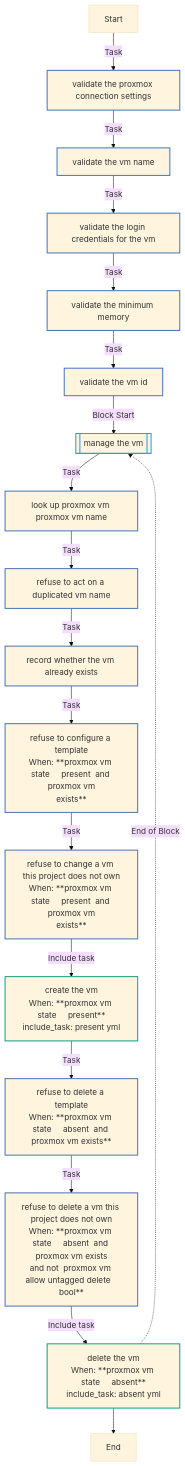
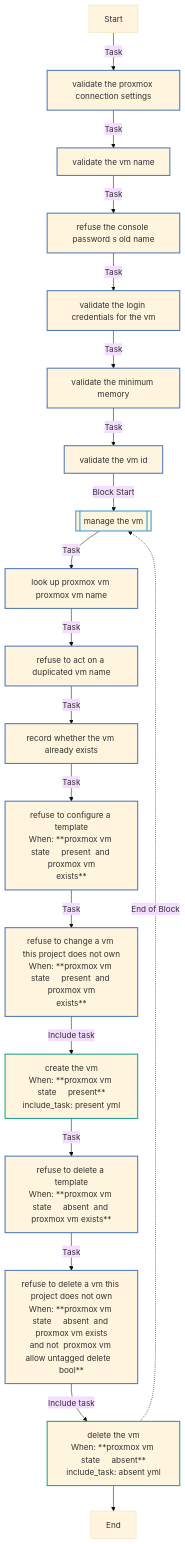
The first of 4 diagrams in docs/reference/roles/proxmox_vm.md (kawadeomkar/claude-on-proxmox), drawn with Mermaid (base theme) before and after one commit. The commit also changed other lines of this file and 13 other files, not shown here.

First line of the commit message:
refactor(settings)!: name the console password vault_vm_password

````diff
--- a/docs/reference/roles/proxmox_vm.md
+++ b/docs/reference/roles/proxmox_vm.md
@@ -115,30 +116,31 @@
 ```mermaid
 flowchart TD
 Start
 classDef block stroke:#3498db,stroke-width:2px;
 classDef task stroke:#4b76bb,stroke-width:2px;
 classDef includeTasks stroke:#16a085,stroke-width:2px;
 classDef importTasks stroke:#34495e,stroke-width:2px;
 classDef includeRole stroke:#2980b9,stroke-width:2px;
 classDef importRole stroke:#699ba7,stroke-width:2px;
 classDef includeVars stroke:#8e44ad,stroke-width:2px;
 classDef rescue stroke:#665352,stroke-width:2px;
 
   Start-->|Task| Validate_the_Proxmox_connection_settings0[validate the proxmox connection settings]:::task
   Validate_the_Proxmox_connection_settings0-->|Task| Validate_the_VM_name1[validate the vm name]:::task
-  Validate_the_VM_name1-->|Task| Validate_the_login_credentials_for_the_VM2[validate the login credentials for the vm]:::task
-  Validate_the_login_credentials_for_the_VM2-->|Task| Validate_the_minimum_memory3[validate the minimum memory]:::task
-  Validate_the_minimum_memory3-->|Task| Validate_the_VM_ID4[validate the vm id]:::task
-  Validate_the_VM_ID4-->|Block Start| Manage_the_VM5_block_start_0[[manage the vm]]:::block
-  Manage_the_VM5_block_start_0-->|Task| Look_up_Proxmox_VM_proxmox_vm_name0[look up proxmox vm proxmox vm name]:::task
+  Validate_the_VM_name1-->|Task| Refuse_the_console_password_s_old_name2[refuse the console password s old name]:::task
+  Refuse_the_console_password_s_old_name2-->|Task| Validate_the_login_credentials_for_the_VM3[validate the login credentials for the vm]:::task
+  Validate_the_login_credentials_for_the_VM3-->|Task| Validate_the_minimum_memory4[validate the minimum memory]:::task
+  Validate_the_minimum_memory4-->|Task| Validate_the_VM_ID5[validate the vm id]:::task
+  Validate_the_VM_ID5-->|Block Start| Manage_the_VM6_block_start_0[[manage the vm]]:::block
+  Manage_the_VM6_block_start_0-->|Task| Look_up_Proxmox_VM_proxmox_vm_name0[look up proxmox vm proxmox vm name]:::task
   Look_up_Proxmox_VM_proxmox_vm_name0-->|Task| Refuse_to_act_on_a_duplicated_VM_name1[refuse to act on a duplicated vm name]:::task
   Refuse_to_act_on_a_duplicated_VM_name1-->|Task| Record_whether_the_VM_already_exists2[record whether the vm already exists]:::task
   Record_whether_the_VM_already_exists2-->|Task| Refuse_to_configure_a_template3[refuse to configure a template<br>When: **proxmox vm state     present  and proxmox vm<br>exists**]:::task
   Refuse_to_configure_a_template3-->|Task| Refuse_to_change_a_VM_this_project_does_not_own4[refuse to change a vm this project does not own<br>When: **proxmox vm state     present  and proxmox vm<br>exists**]:::task
   Refuse_to_change_a_VM_this_project_does_not_own4-->|Include task| Create_the_VM_present_yml_5[create the vm<br>When: **proxmox vm state     present**<br>include_task: present yml]:::includeTasks
   Create_the_VM_present_yml_5-->|Task| Refuse_to_delete_a_template6[refuse to delete a template<br>When: **proxmox vm state     absent  and proxmox vm exists**]:::task
   Refuse_to_delete_a_template6-->|Task| Refuse_to_delete_a_VM_this_project_does_not_own7[refuse to delete a vm this project does not own<br>When: **proxmox vm state     absent  and proxmox vm exists<br>and not  proxmox vm allow untagged delete   bool**]:::task
   Refuse_to_delete_a_VM_this_project_does_not_own7-->|Include task| Delete_the_VM_absent_yml_8[delete the vm<br>When: **proxmox vm state     absent**<br>include_task: absent yml]:::includeTasks
-  Delete_the_VM_absent_yml_8-.->|End of Block| Manage_the_VM5_block_start_0
+  Delete_the_VM_absent_yml_8-.->|End of Block| Manage_the_VM6_block_start_0
   Delete_the_VM_absent_yml_8-->End
 ```
````
